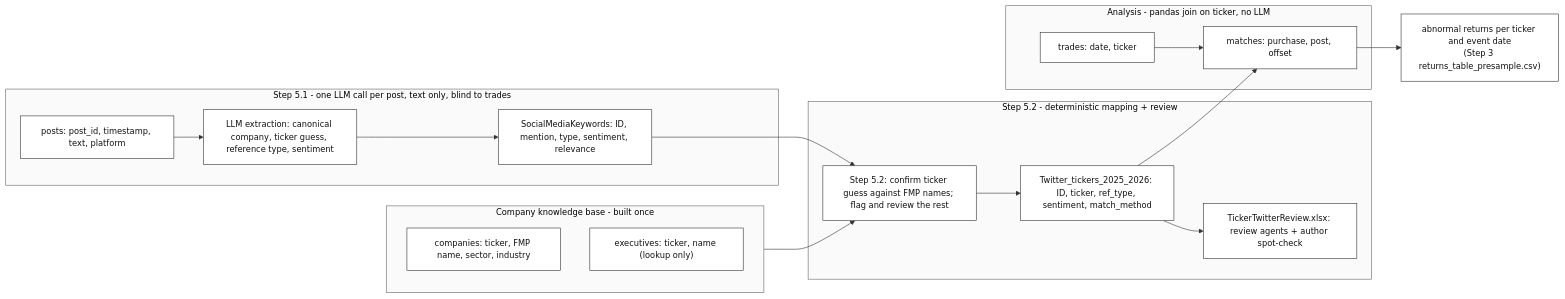
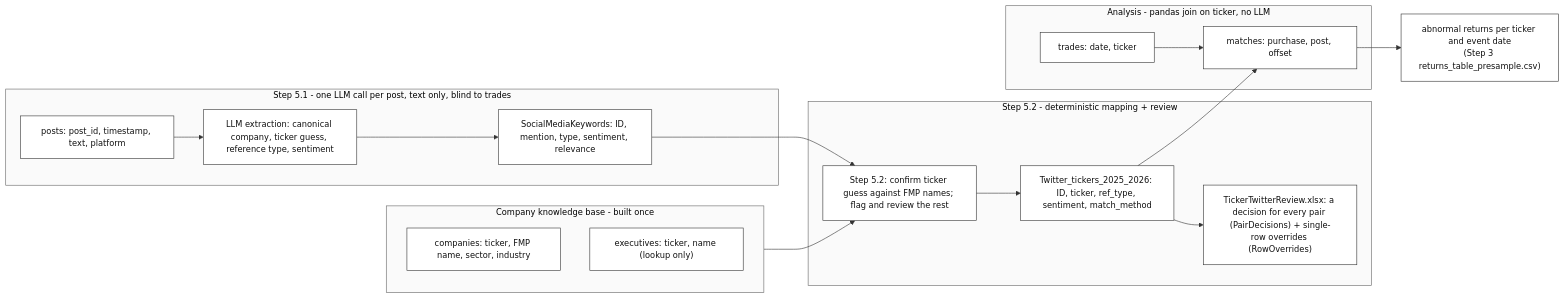
Before and after one commit to Steven-McQueen/MasterDataHandling: the second of 3 diagrams in README.md, drawn with Mermaid. The commit also changed other lines of this file and 6 other files, not shown here.

First line of the commit message:
Step 5.2: review every company-ticker pair and enforce it in code

````diff
--- a/README.md
+++ b/README.md
@@ -923,31 +929,31 @@
 ```mermaid
 %%{init: {"theme": "base", "themeVariables": {"primaryColor": "#ffffff", "primaryTextColor": "#111111", "primaryBorderColor": "#333333", "lineColor": "#333333", "secondaryColor": "#f4f4f4", "tertiaryColor": "#ffffff", "clusterBkg": "#fafafa", "clusterBorder": "#666666", "fontFamily": "Arial, Helvetica, sans-serif", "fontSize": "14px"}}}%%
 flowchart LR
     subgraph kb ["Company knowledge base - built once"]
         companies["companies: ticker, FMP name, sector, industry"]
         execs["executives: ticker, name (lookup only)"]
     end
  
     subgraph postStage ["Step 5.1 - one LLM call per post, text only, blind to trades"]
         posts["posts: post_id, timestamp, text, platform"]
         extract["LLM extraction: canonical company, ticker guess, reference type, sentiment"]
         postEntities["SocialMediaKeywords: ID, mention, type, sentiment, relevance"]
     end
  
     subgraph resolve ["Step 5.2 - deterministic mapping + review"]
         resolver["Step 5.2: confirm ticker guess against FMP names; flag and review the rest"]
         postTickers["Twitter_tickers_2025_2026: ID, ticker, ref_type, sentiment, match_method"]
-        check["TickerTwitterReview.xlsx: review agents + author spot-check"]
+        check["TickerTwitterReview.xlsx: a decision for every pair (PairDecisions) + single-row overrides (RowOverrides)"]
     end
  
     subgraph joinStage ["Analysis - pandas join on ticker, no LLM"]
         trades["trades: date, ticker"]
         matches["matches: purchase, post, offset"]
     end
  
     posts --> extract --> postEntities --> resolver --> postTickers --> matches
     postTickers --> check
     kb --> resolver
     trades --> matches
     matches --> returns["abnormal returns per ticker and event date<br/>(Step 3 returns_table_presample.csv)"]
 ```
````
